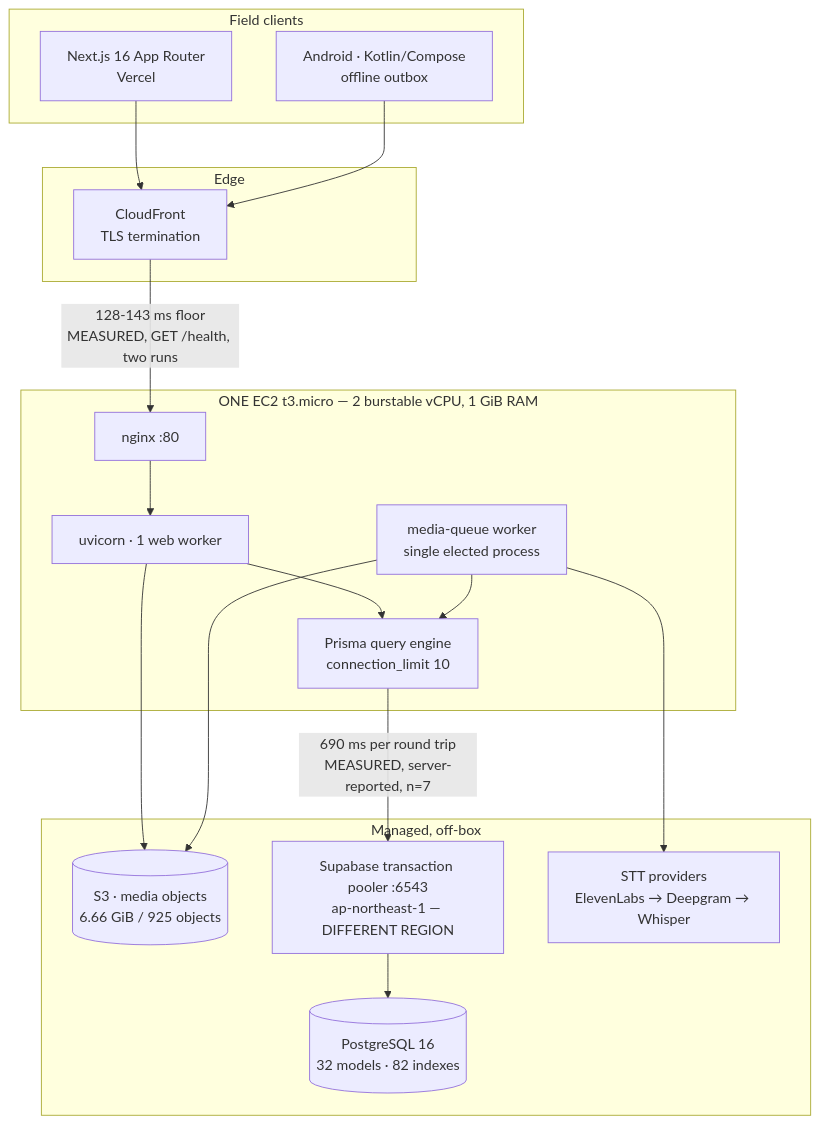
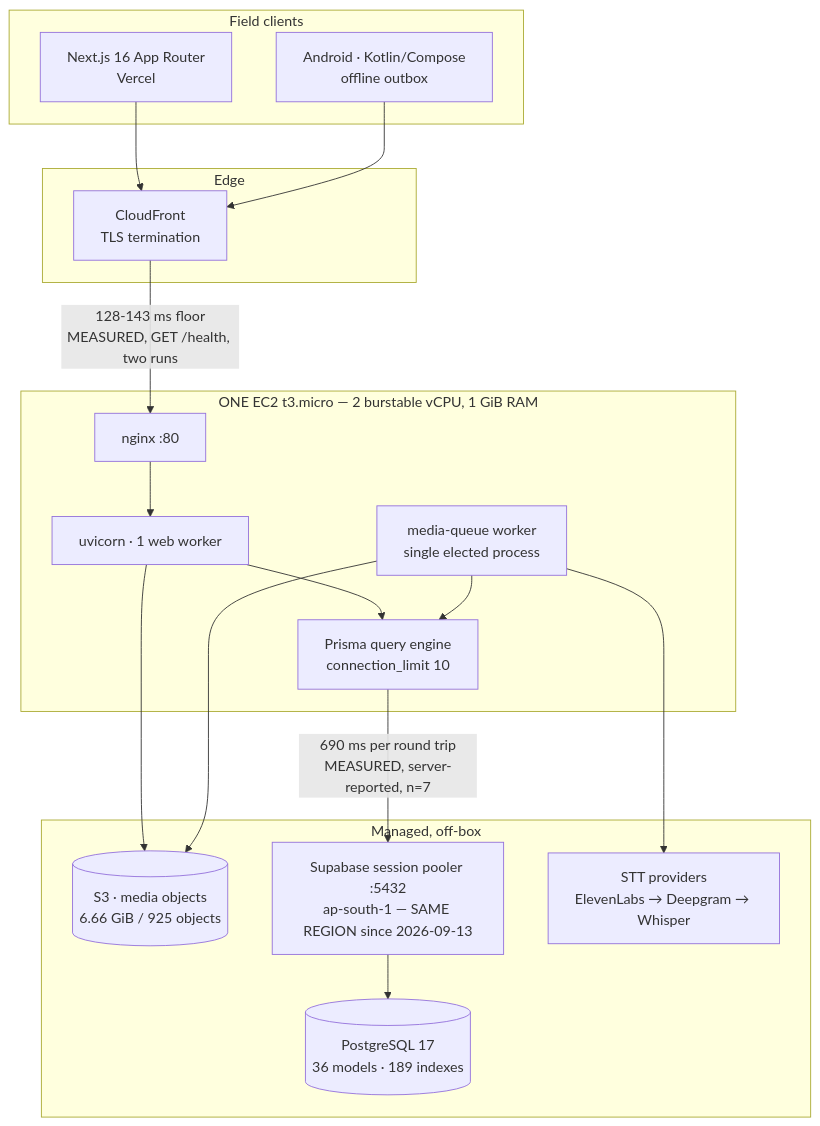
Before and after one commit to cxacraftecosystem-ui/documentation-portal: the first of 9 diagrams in docs/RESEARCH_NOTES.md, drawn with Mermaid. The commit also changed other lines of this file and 1 other file, not shown here.

````diff
--- a/docs/RESEARCH_NOTES.md
+++ b/docs/RESEARCH_NOTES.md
@@ -65,35 +65,35 @@
 ```mermaid
 flowchart TB
   subgraph clients["Field clients"]
     web["Next.js 16 App Router<br/>Vercel"]
     droid["Android · Kotlin/Compose<br/>offline outbox"]
   end
 
   subgraph edge["Edge"]
     cf["CloudFront<br/>TLS termination"]
   end
 
   subgraph box["ONE EC2 t3.micro — 2 burstable vCPU, 1 GiB RAM"]
     nginx["nginx :80"]
     uvi["uvicorn · 1 web worker"]
     q["media-queue worker<br/>single elected process"]
     eng["Prisma query engine<br/>connection_limit 10"]
   end
 
   subgraph remote["Managed, off-box"]
     s3[("S3 · media objects<br/>6.66 GiB / 925 objects")]
-    pooler["Supabase transaction pooler :6543<br/>ap-northeast-1 — DIFFERENT REGION"]
-    pg[("PostgreSQL 16<br/>32 models · 82 indexes")]
+    pooler["Supabase session pooler :5432<br/>ap-south-1 — SAME REGION since 2026-09-13"]
+    pg[("PostgreSQL 17<br/>36 models · 189 indexes")]
     stt["STT providers<br/>ElevenLabs → Deepgram → Whisper"]
   end
 
   web --> cf
   droid --> cf
   cf -->|"128-143 ms floor<br/>MEASURED, GET /health, two runs"| nginx
   nginx --> uvi --> eng
   q --> eng
   q --> stt
   eng -->|"690 ms per round trip<br/>MEASURED, server-reported, n=7"| pooler --> pg
   uvi --> s3
   q --> s3
 ```
````
